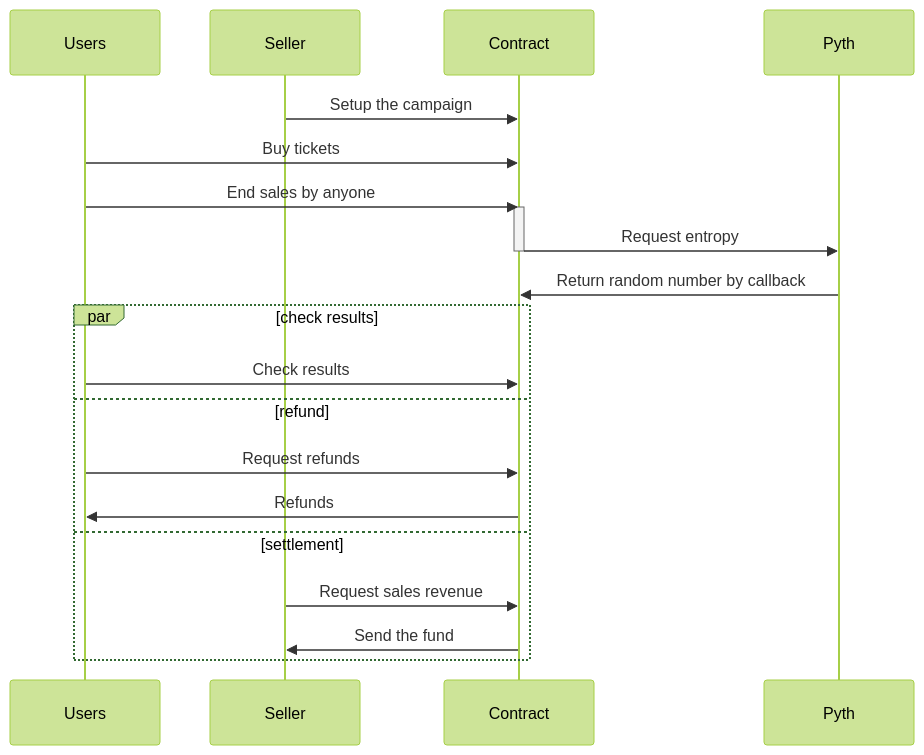
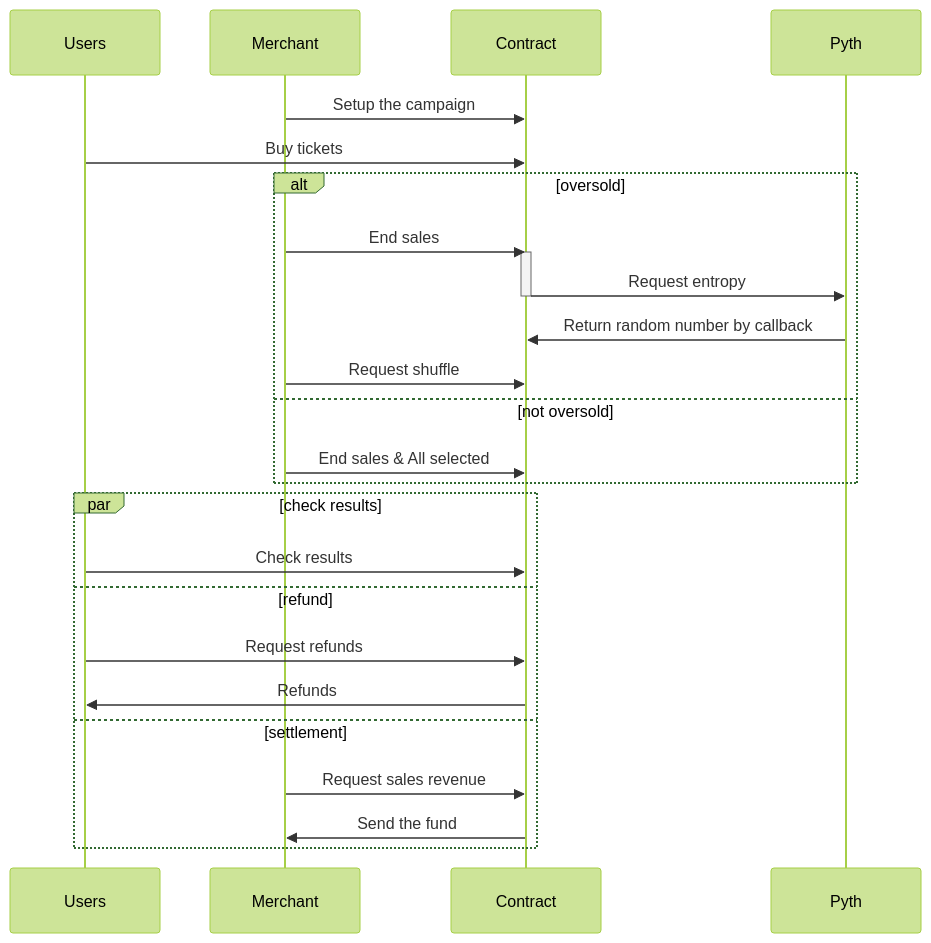
Before and after one commit to buenos-tickets/monorepo: the diagram in README.md, drawn with Mermaid (forest theme).

Commit message:
update sequence diagram

````diff
--- a/README.md
+++ b/README.md
@@ -155,21 +155,26 @@
 ```mermaid
 sequenceDiagram
   participant Users
-  participant Seller
-  Seller->>Contract: Setup the campaign 
+  participant Merchant
+  Merchant->>Contract: Setup the campaign 
   Users->>Contract: Buy tickets
-  Users->>Contract: End sales by anyone
-  activate Contract
-  Contract->>Pyth: Request entropy
-  deactivate Contract
-  Pyth->>Contract: Return random number by callback
+  alt oversold
+    Merchant->>Contract: End sales
+    activate Contract
+    Contract->>Pyth: Request entropy
+    deactivate Contract
+    Pyth->>Contract: Return random number by callback
+    Merchant->>Contract: Request shuffle
+  else not oversold
+    Merchant->>Contract: End sales & All selected
+  end
   par check results
     Users->>Contract: Check results
   and refund
     Users->>Contract: Request refunds
     Contract->>Users: Refunds
   and settlement
-    Seller->>Contract: Request sales revenue
-    Contract->>Seller: Send the fund
+    Merchant->>Contract: Request sales revenue
+    Contract->>Merchant: Send the fund
   end
 ```
````
